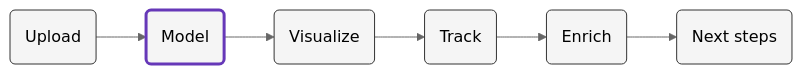
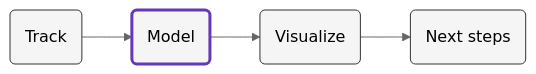
Before and after one commit to snowplow/snowplow-ecommerce-tracking-accelerator: the diagram in content/modeling/_index.md, drawn with Mermaid (neutral theme). The commit also changed 7 other files, not shown here.

```diff
--- a/content/modeling/_index.md
+++ b/content/modeling/_index.md
@@ -13,10 +13,8 @@
 {{<mermaid>}}
 flowchart LR
-id1(Upload)-->id2(Model)-->id3(Visualize)-->id4(Track)-->id5(Enrich)-->id6(Next steps)
-style id2 fill:#f5f5f5,stroke:#6638B8,stroke-width:3px
-style id1 fill:#f5f5f5,stroke:#333,stroke-width:1px
-style id3 fill:#f5f5f5,stroke:#333,stroke-width:1px
-style id4 fill:#f5f5f5,stroke:#333,stroke-width:1px
-style id5 fill:#f5f5f5,stroke:#333,stroke-width:1px
-style id6 fill:#f5f5f5,stroke:#333,stroke-width:1px
+    id1(Track)-->id2(Model)-->id3(Visualize)-->id4(Next steps)
+    style id1 fill:#f5f5f5,stroke:#333,stroke-width:1px
+    style id2 fill:#f5f5f5,stroke:#6638B8,stroke-width:3px
+    style id3 fill:#f5f5f5,stroke:#333,stroke-width:1px
+    style id4 fill:#f5f5f5,stroke:#333,stroke-width:1px
 {{</mermaid >}}
```
